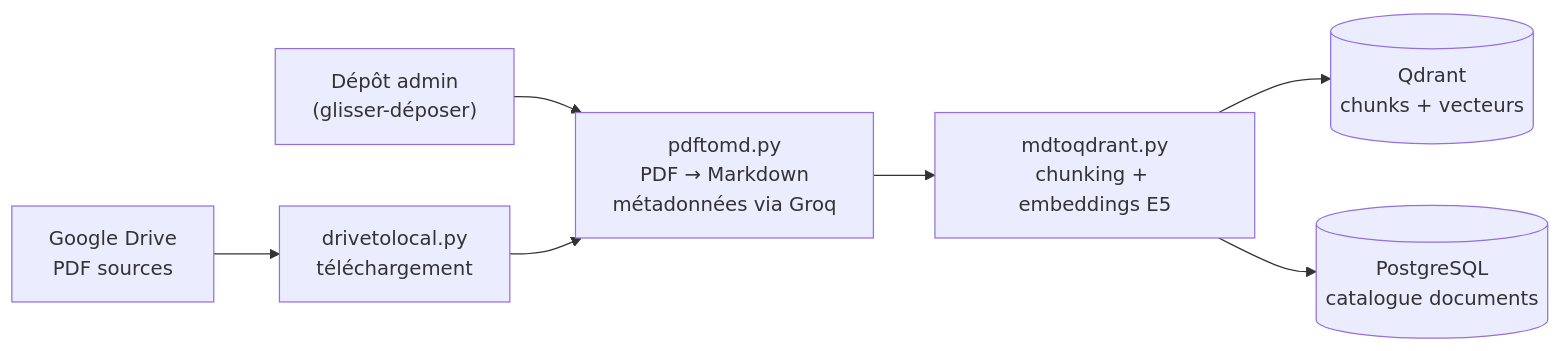
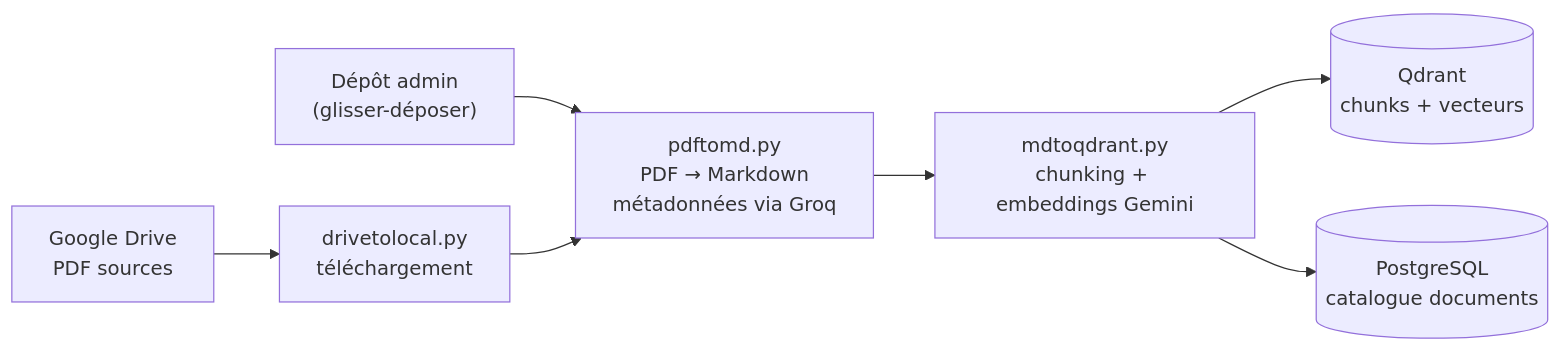
Before and after one commit to KioshiEagle/tngpt: the third of 4 diagrams in docs/architecture.md, drawn with Mermaid. The commit also changed other lines of this file and 7 other files, not shown here.

````diff
--- a/docs/architecture.md
+++ b/docs/architecture.md
@@ -116,9 +116,9 @@
 ```mermaid
 flowchart LR
     G["Dépôt admin<br/>(glisser-déposer)"] --> C
     A["Google Drive<br/>PDF sources"] --> B["drivetolocal.py<br/>téléchargement"]
     B --> C["pdftomd.py<br/>PDF → Markdown<br/>métadonnées via Groq"]
-    C --> D["mdtoqdrant.py<br/>chunking + embeddings E5"]
+    C --> D["mdtoqdrant.py<br/>chunking + embeddings Gemini"]
     D --> E[("Qdrant<br/>chunks + vecteurs")]
     D --> F[("PostgreSQL<br/>catalogue documents")]
 ```
````
